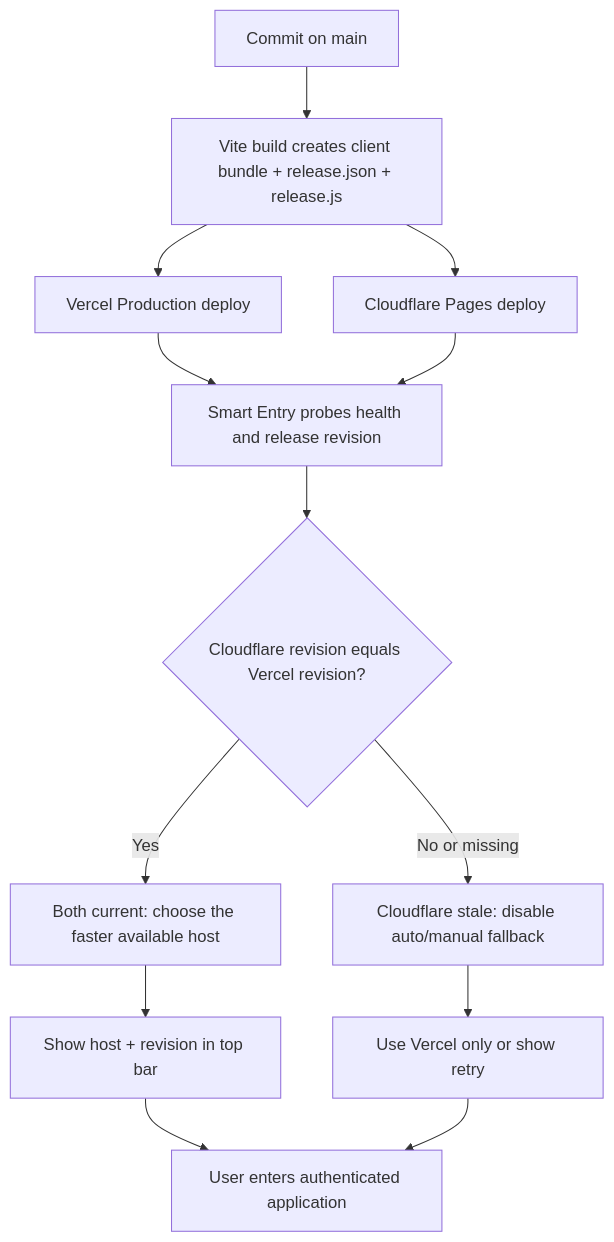
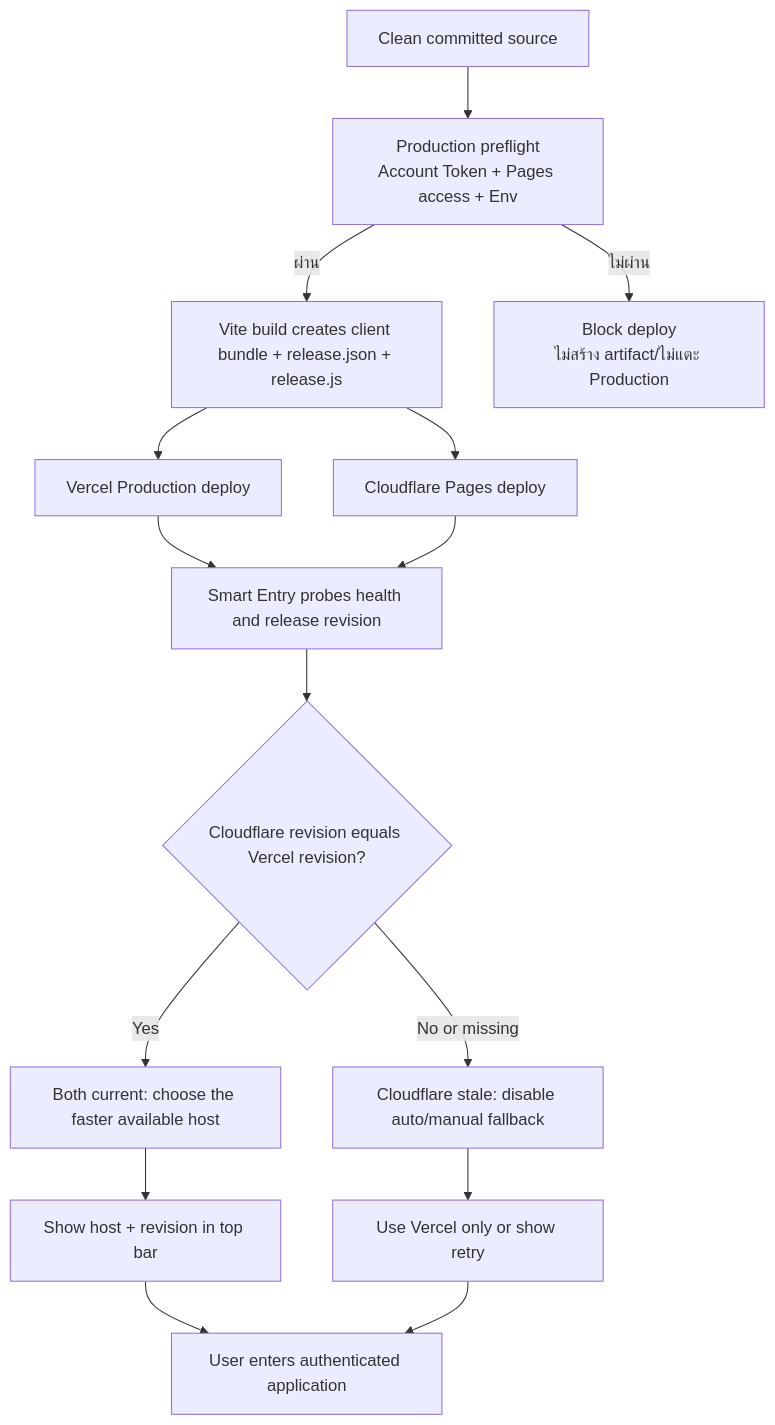
The diagram in docs/RELEASE_PARITY_FLOW.md (paramonjong-afk/WisdomAI), drawn with Mermaid before and after one commit. The commit also changed other lines of this file and 4 other files, not shown here.

Commit message:
chore: harden cloudflare production deploy

````diff
--- a/docs/RELEASE_PARITY_FLOW.md
+++ b/docs/RELEASE_PARITY_FLOW.md
@@ -1,15 +1,17 @@
 ```mermaid
 flowchart TD
-  A[Commit on main] --> B[Vite build creates client bundle + release.json + release.js]
+  A[Clean committed source] --> P[Production preflight<br/>Account Token + Pages access + Env]
+  P -->|ผ่าน| B[Vite build creates client bundle + release.json + release.js]
+  P -->|ไม่ผ่าน| X[Block deploy<br/>ไม่สร้าง artifact/ไม่แตะ Production]
   B --> C[Vercel Production deploy]
   B --> D[Cloudflare Pages deploy]
   C --> E[Smart Entry probes health and release revision]
   D --> E
   E --> F{Cloudflare revision equals Vercel revision?}
   F -->|Yes| G[Both current: choose the faster available host]
   F -->|No or missing| H[Cloudflare stale: disable auto/manual fallback]
   G --> I[Show host + revision in top bar]
   H --> J[Use Vercel only or show retry]
   I --> K[User enters authenticated application]
   J --> K
 ```
````
